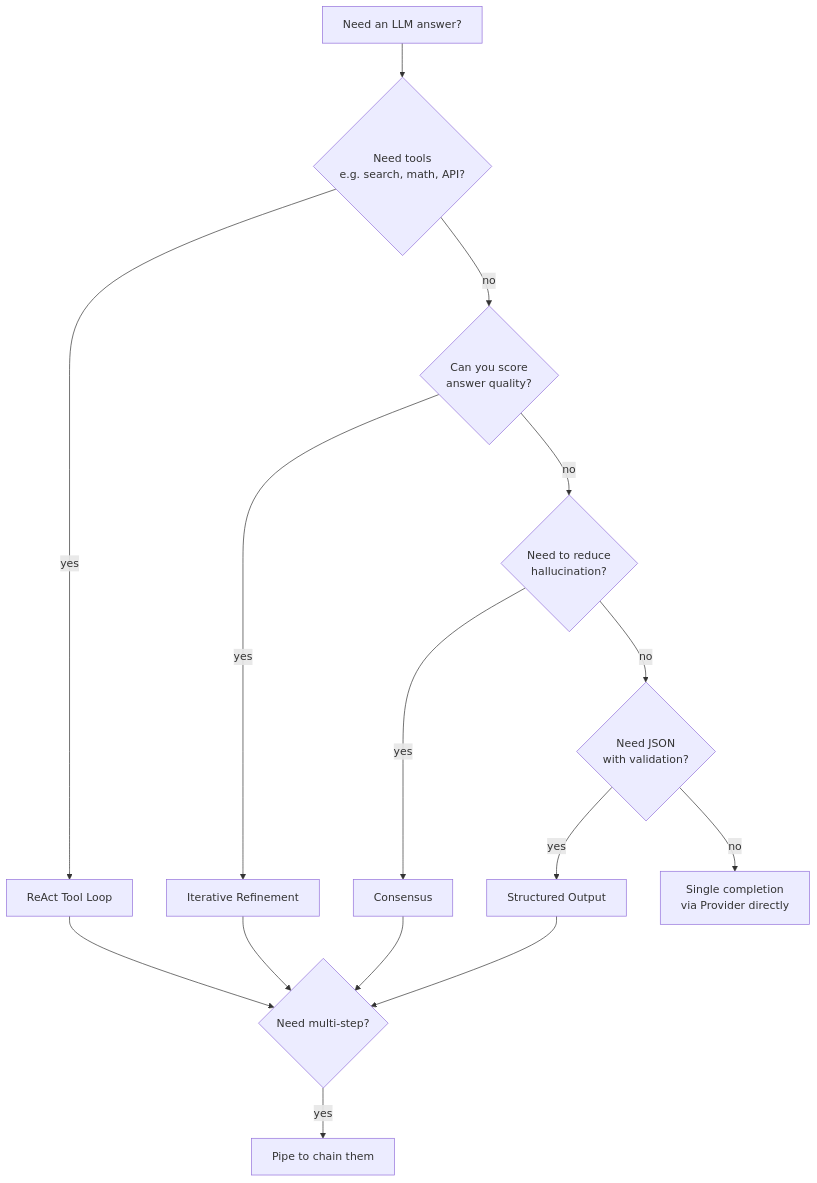
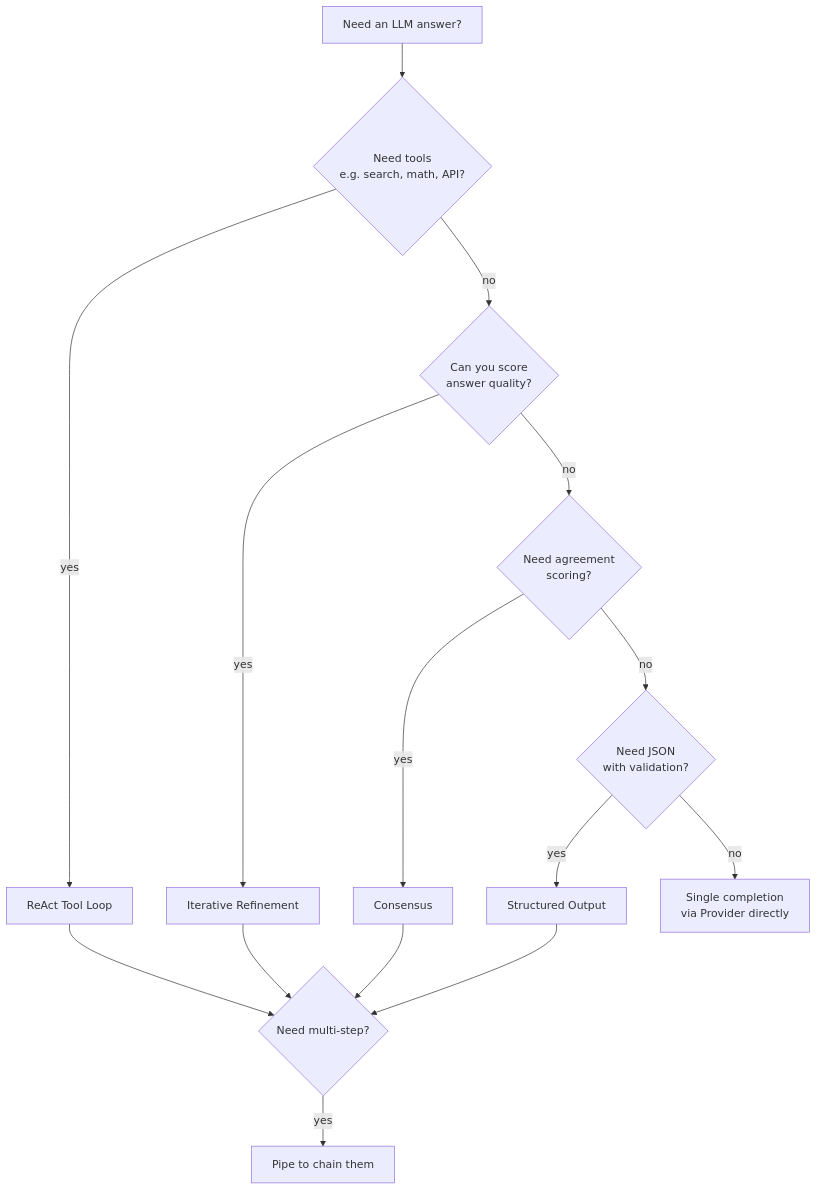
The diagram in docs/patterns/index.md (tafreeman/executionkit), drawn with Mermaid before and after one commit. The commit also changed other lines of this file and 11 other files, not shown here.

````diff
--- a/docs/patterns/index.md
+++ b/docs/patterns/index.md
@@ -15,17 +15,17 @@
 ```mermaid
 flowchart TD
     A[Need an LLM answer?] --> B{Need tools<br/>e.g. search, math, API?}
     B -- yes --> C[ReAct Tool Loop]
     B -- no --> D{Can you score<br/>answer quality?}
     D -- yes --> E[Iterative Refinement]
-    D -- no --> F{Need to reduce<br/>hallucination?}
+    D -- no --> F{Need agreement<br/>scoring?}
     F -- yes --> G[Consensus]
     F -- no --> K{Need JSON<br/>with validation?}
     K -- yes --> L[Structured Output]
     K -- no --> H[Single completion<br/>via Provider directly]
     C --> I{Need multi-step?}
     E --> I
     G --> I
     L --> I
     I -- yes --> J[Pipe to chain them]
 ```
````
